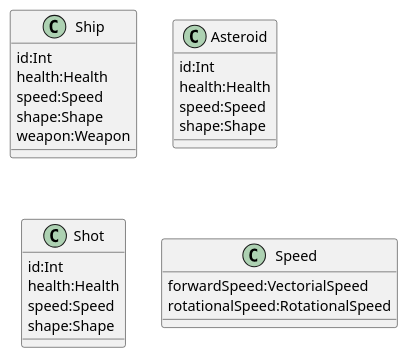
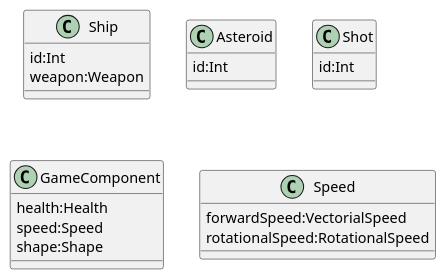
Before and after one commit to jalopbauer/starships: the diagram in diagram.puml, drawn with PlantUML. The commit also changed 7 other files, not shown here.

```diff
--- a/diagram.puml
+++ b/diagram.puml
@@ -1,28 +1,25 @@
 @startuml
 class Ship {
     id:Int
-    health:Health
-    speed:Speed
-    shape:Shape
     weapon:Weapon
 }
 
 class Asteroid {
     id:Int
-    health:Health
-    speed:Speed
-    shape:Shape
 }
 
 class Shot {
     id:Int
+}
+
+class GameComponent {
     health:Health
     speed:Speed
     shape:Shape
 }
 
 class Speed {
     forwardSpeed:VectorialSpeed
     rotationalSpeed:RotationalSpeed
 }
 @enduml
```
